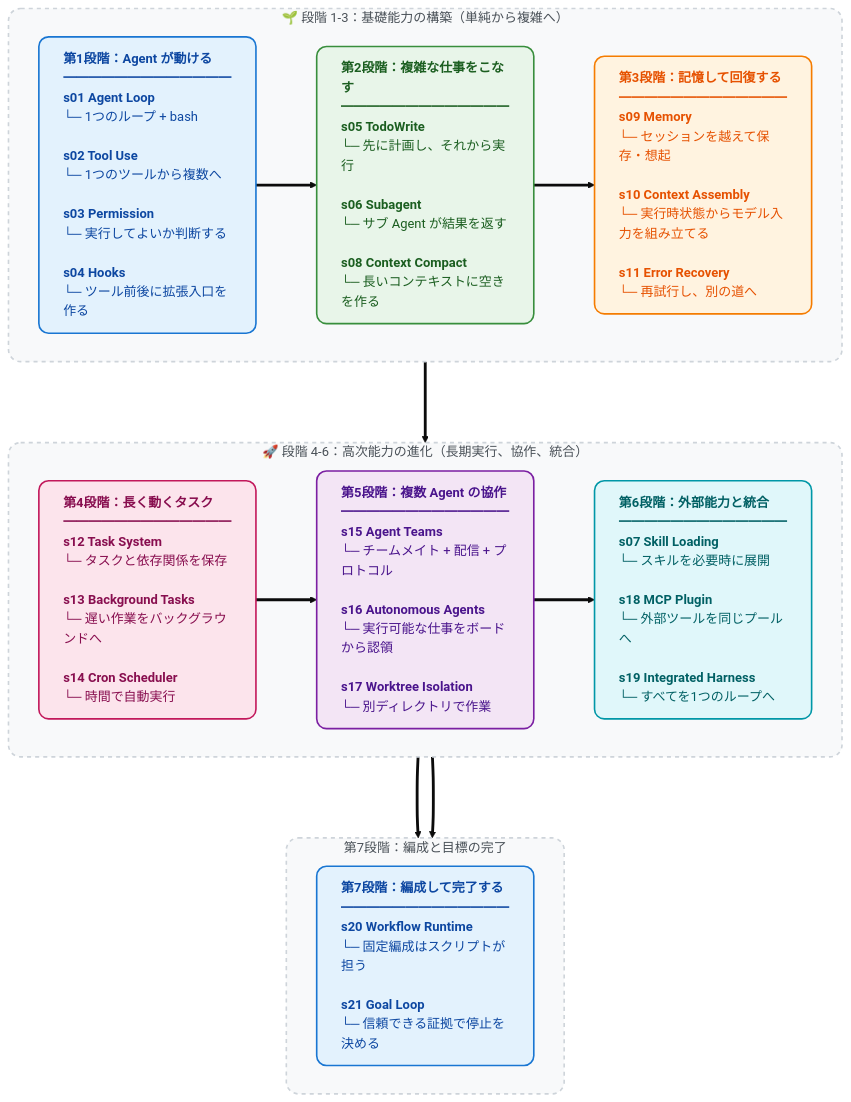
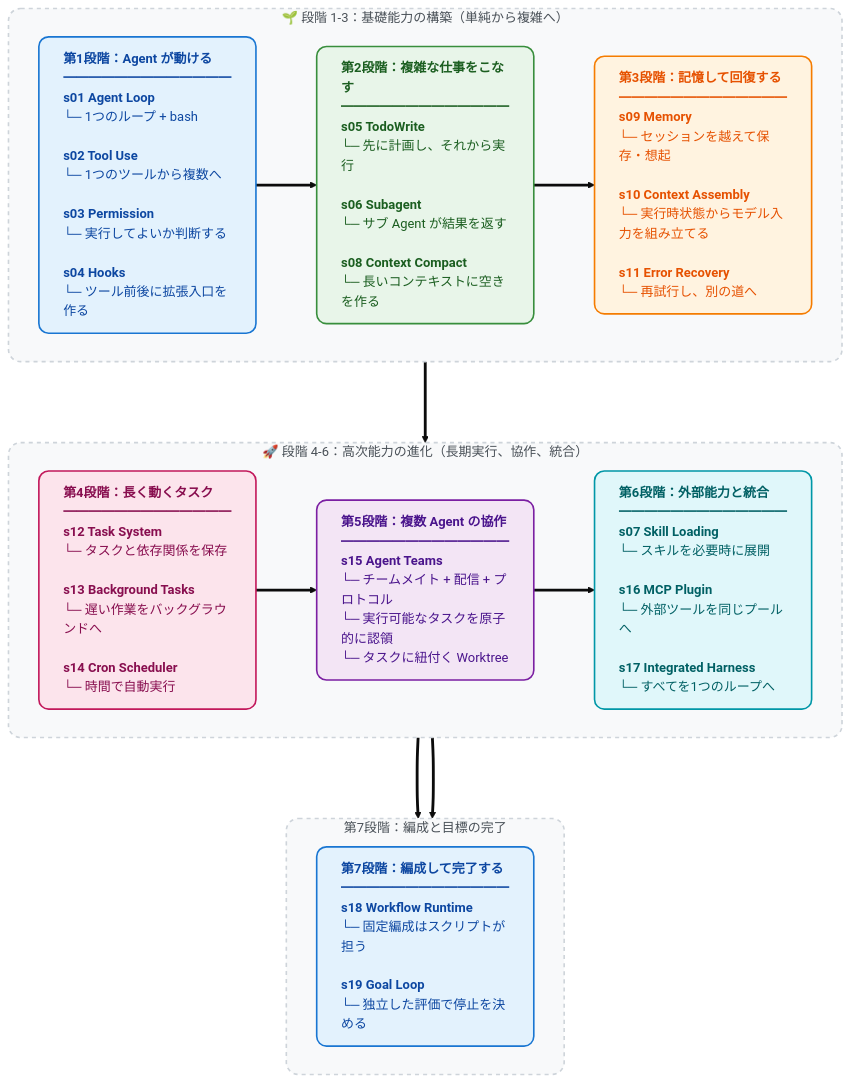
Before and after one commit to snake-fan/learn-claude-code: the diagram in README-ja.md, drawn with Mermaid (base theme). The commit also changed other lines of this file and 196 other files, not shown here.

Commit message:
Consolidate agent harness course into 19 lessons

````diff
--- a/README-ja.md
+++ b/README-ja.md
@@ -306,49 +302,49 @@
 ```mermaid
 flowchart TD
     %% カードスタイル
     classDef stage1 fill:#E3F2FD,stroke:#1976D2,stroke-width:2px,color:#0D47A1,rx:12,ry:12,text-align:left
     classDef stage2 fill:#E8F5E9,stroke:#388E3C,stroke-width:2px,color:#1B5E20,rx:12,ry:12,text-align:left
     classDef stage3 fill:#FFF3E0,stroke:#F57C00,stroke-width:2px,color:#E65100,rx:12,ry:12,text-align:left
     classDef stage4 fill:#FCE4EC,stroke:#C2185b,stroke-width:2px,color:#880E4F,rx:12,ry:12,text-align:left
     classDef stage5 fill:#F3E5F5,stroke:#7B1FA2,stroke-width:2px,color:#4A148C,rx:12,ry:12,text-align:left
     classDef stage6 fill:#E0F7FA,stroke:#0097A7,stroke-width:2px,color:#006064,rx:12,ry:12,text-align:left
 
     %% 背景スタイル
     classDef groupBox fill:#F8F9FA,stroke:#CED4DA,stroke-width:2px,stroke-dasharray: 5 5,rx:15,ry:15,color:#495057
 
     %% 第1層：1-3段階
     subgraph Phase1 ["🌱 段階 1-3：基礎能力の構築（単純から複雑へ）"]
         direction LR
         S1["<b>第1段階：Agent が動ける</b><br/>━━━━━━━━━━━━━<br/><b>s01 Agent Loop</b><br/>└─ 1つのループ + bash<br/><br/><b>s02 Tool Use</b><br/>└─ 1つのツールから複数へ<br/><br/><b>s03 Permission</b><br/>└─ 実行してよいか判断する<br/><br/><b>s04 Hooks</b><br/>└─ ツール前後に拡張入口を作る"]:::stage1
 
         S2["<b>第2段階：複雑な仕事をこなす</b><br/>━━━━━━━━━━━━━<br/><b>s05 TodoWrite</b><br/>└─ 先に計画し、それから実行<br/><br/><b>s06 Subagent</b><br/>└─ サブ Agent が結果を返す<br/><br/><b>s08 Context Compact</b><br/>└─ 長いコンテキストに空きを作る"]:::stage2
 
         S3["<b>第3段階：記憶して回復する</b><br/>━━━━━━━━━━━━━<br/><b>s09 Memory</b><br/>└─ セッションを越えて保存・想起<br/><br/><b>s10 Context Assembly</b><br/>└─ 実行時状態からモデル入力を組み立てる<br/><br/><b>s11 Error Recovery</b><br/>└─ 再試行し、別の道へ"]:::stage3
 
         S1 ==> S2 ==> S3
     end
 
     %% 第2層：4-6段階
     subgraph Phase2 ["🚀 段階 4-6：高次能力の進化（長期実行、協作、統合）"]
         direction LR
         S4["<b>第4段階：長く動くタスク</b><br/>━━━━━━━━━━━━━<br/><b>s12 Task System</b><br/>└─ タスクと依存関係を保存<br/><br/><b>s13 Background Tasks</b><br/>└─ 遅い作業をバックグラウンドへ<br/><br/><b>s14 Cron Scheduler</b><br/>└─ 時間で自動実行"]:::stage4
 
-        S5["<b>第5段階：複数 Agent の協作</b><br/>━━━━━━━━━━━━━<br/><b>s15 Agent Teams</b><br/>└─ チームメイト + 配信 + プロトコル<br/><br/><b>s16 Autonomous Agents</b><br/>└─ 実行可能な仕事をボードから認領<br/><br/><b>s17 Worktree Isolation</b><br/>└─ 別ディレクトリで作業"]:::stage5
+        S5["<b>第5段階：複数 Agent の協作</b><br/>━━━━━━━━━━━━━<br/><b>s15 Agent Teams</b><br/>└─ チームメイト + 配信 + プロトコル<br/>└─ 実行可能なタスクを原子的に認領<br/>└─ タスクに紐付く Worktree"]:::stage5
 
-        S6["<b>第6段階：外部能力と統合</b><br/>━━━━━━━━━━━━━<br/><b>s07 Skill Loading</b><br/>└─ スキルを必要時に展開<br/><br/><b>s18 MCP Plugin</b><br/>└─ 外部ツールを同じプールへ<br/><br/><b>s19 Integrated Harness</b><br/>└─ すべてを1つのループへ"]:::stage6
+        S6["<b>第6段階：外部能力と統合</b><br/>━━━━━━━━━━━━━<br/><b>s07 Skill Loading</b><br/>└─ スキルを必要時に展開<br/><br/><b>s16 MCP Plugin</b><br/>└─ 外部ツールを同じプールへ<br/><br/><b>s17 Integrated Harness</b><br/>└─ すべてを1つのループへ"]:::stage6
 
         S4 ==> S5 ==> S6
     end
 
     %% 第3層：編成と目標の完了
     subgraph Phase3 ["第7段階：編成と目標の完了"]
         direction LR
-        S7["<b>第7段階：編成して完了する</b><br/>━━━━━━━━━━━━━<br/><b>s20 Workflow Runtime</b><br/>└─ 固定編成はスクリプトが担う<br/><br/><b>s21 Goal Loop</b><br/>└─ 信頼できる証拠で停止を決める"]:::stage1
+        S7["<b>第7段階：編成して完了する</b><br/>━━━━━━━━━━━━━<br/><b>s18 Workflow Runtime</b><br/>└─ 固定編成はスクリプトが担う<br/><br/><b>s19 Goal Loop</b><br/>└─ 独立した評価で停止を決める"]:::stage1
         S6 ==> S7
     end
 
     %% 3つの層を接続
     Phase1 ===> Phase2 ===> Phase3
 
     class Phase1,Phase2,Phase3 groupBox
 ```
````
